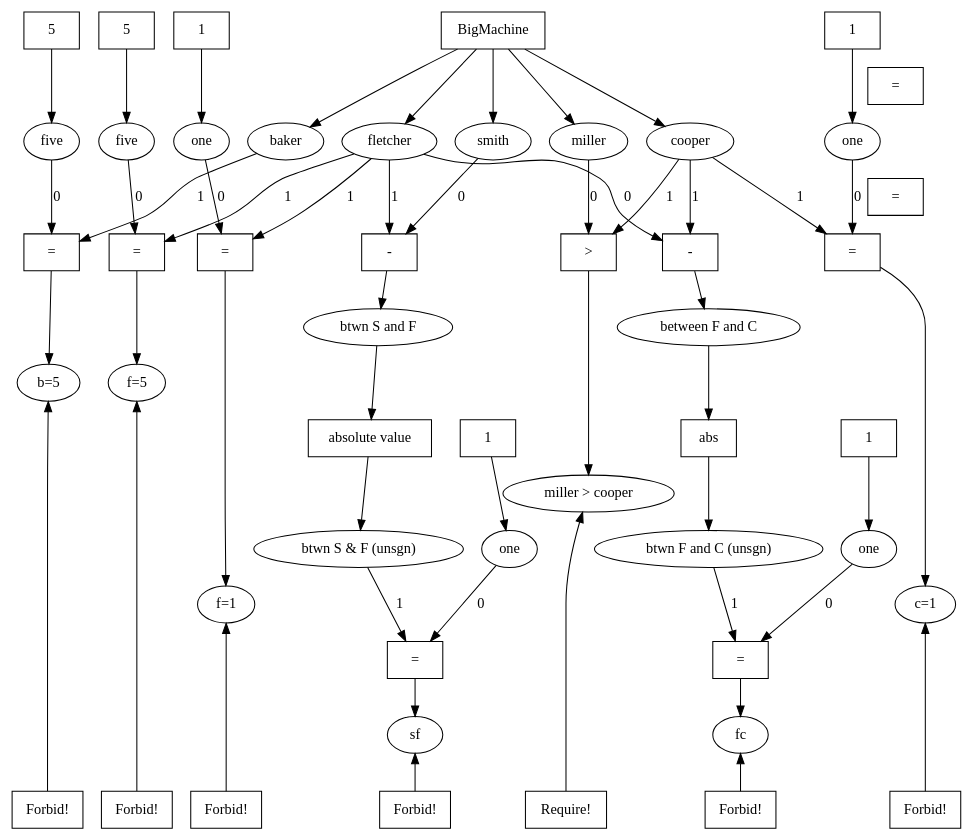
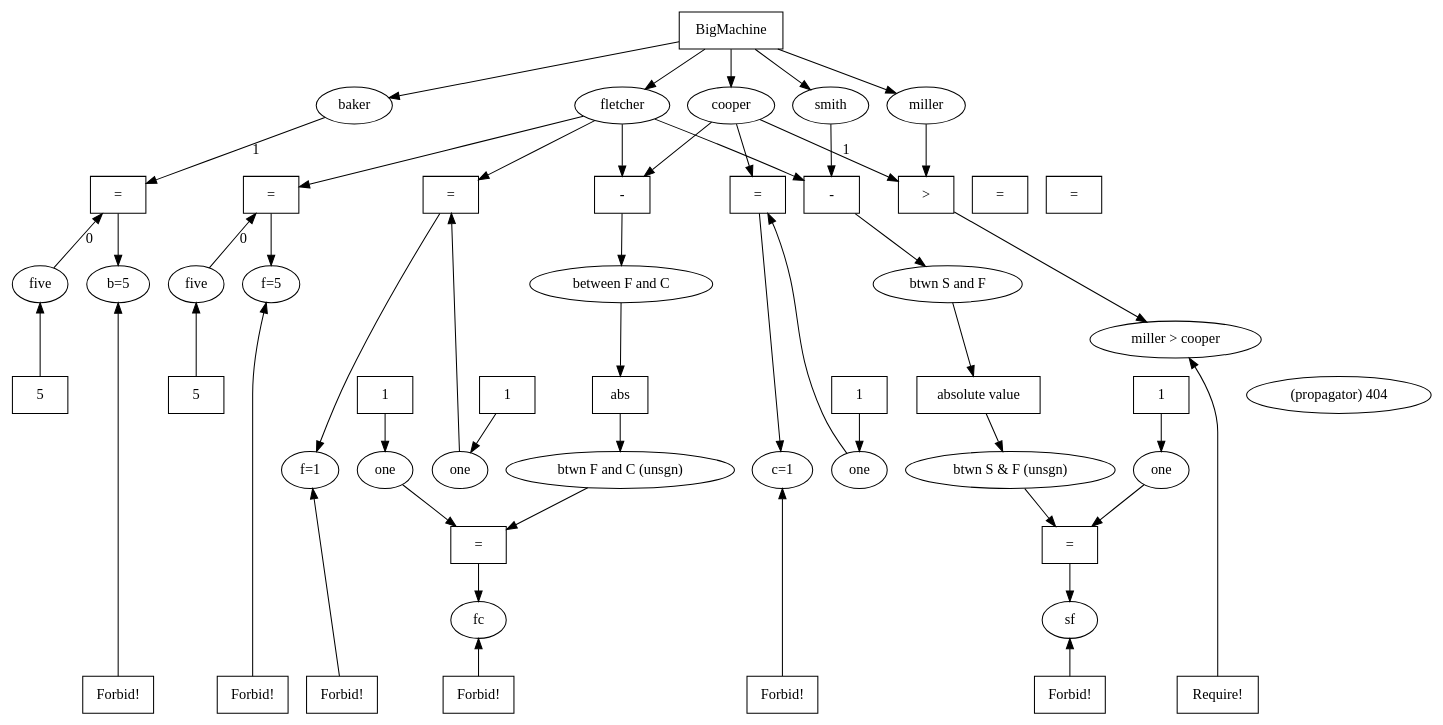
One commit to ProjectMAC/propagators changed the diagram in explorations/graphics/mdonemachine.dot. Above: the diagram before and after it, drawn with Graphviz.

Commit message:
backward link trick and some rank= same to get things to line up right

```diff
--- a/explorations/graphics/mdonemachine.dot
+++ b/explorations/graphics/mdonemachine.dot
@@ -1,113 +1,115 @@
 digraph G {
   ratio=fill;
   "(variable) 11" [label="baker", shape="ellipse", rank="people" ];
   "(propagator) 12" [label="=", shape="box" ];
-   { rank=same; "(variable) 238"; "(variable) 241" }; 
+   { rank=same; "(propagator) 12"; "(propagator) 14"; "(propagator) 18"; "(propagator) 43"; "(propagator) 34"; "(propagator) 37"; "(propagator) 147" };
+   { rank=same; "(variable) 130"; "(variable) 131"; "(variable) 238"; "(variable) 241" }; 
+   { rank=same; "(propagator) 240"; "(propagator) 241"; "(propagator) 401"; "(propagator) 402"; "(propagator) 403"; "(propagator) 404"; };
 
   "(propagator) 240" [label="5", shape="box" ];
-  "(propagator) 240" -> "(variable) 130" [label="" ];
+  "(variable) 130" -> "(propagator) 240" [label="", dir=back, ];
   "(variable) 130" [label="five", shape="ellipse" ];
   "(propagator) 241" [label="5", shape="box" ];
-  "(propagator) 241" -> "(variable) 131" [label="" ];
+  "(variable) 131" -> "(propagator) 241" [label="", dir=back, ];
   "(variable) 131" [label="five", shape="ellipse" ];
 
   "(variable) 130" -> "(propagator) 12" [label=0 ];
   "(variable) 131" -> "(propagator) 14" [label=0 ];
 
   "(propagator) 14" [label="=", shape="box" ];
-  "(variable) 15" -> "(propagator) 14" [label=1 ];
+  "(variable) 15" -> "(propagator) 14" [label="" ];
   "(variable) 15" [label="fletcher", shape="ellipse", rank="people" ];
   "(propagator) 16" [label="-", shape="box" ];
-  "(variable) 15" -> "(propagator) 16" [label=0 ];
-  "(variable) 17" -> "(propagator) 16" [label=1 ];
+  "(variable) 15" -> "(propagator) 16" [label="" ];
+  "(variable) 17" -> "(propagator) 16" [label="" ];
   "(variable) 17" [label="cooper", shape="ellipse", rank="people" ];
   "(propagator) 18" [label=">", shape="box" ];
-  "(variable) 19" -> "(propagator) 18" [label=0 ];
+  "(variable) 19" -> "(propagator) 18" [label="" ];
   "(variable) 19" [label="miller", shape="ellipse", rank="people" ];
   "(variable) 21" [label="smith", shape="ellipse", rank="people" ];
    { rank=same; "(variable) 11"; "(variable) 15"; "(variable) 17"; "(variable) 19"; "(variable) 21" }; 
   "(propagator) 22" [label="-", shape="box" ];
-  "(variable) 21" -> "(propagator) 22" [label=0 ];
-  "(variable) 15" -> "(propagator) 22" [label=1 ];
+  "(variable) 21" -> "(propagator) 22" [label="" ];
+  "(variable) 15" -> "(propagator) 22" [label="" ];
   "(propagator) 22" -> "(variable) 23" [label="" ];
   "(variable) 23" [label="btwn S and F", shape="ellipse" ];
   "(propagator) 24" [label="absolute value", shape="box" ];
   "(variable) 23" -> "(propagator) 24" [label="" ];
   "(propagator) 24" -> "(variable) 25" [label="" ];
   "(variable) 25" [label="btwn S & F (unsgn)", shape="ellipse" ];
   "(propagator) 26" [label="=", shape="box" ];
-  "(variable) 207" -> "(propagator) 26" [label=0 ];
-   { rank=same; "(variable) 35"; "(variable) 38" }; 
+  "(variable) 207" -> "(propagator) 26" [label="" ];
+   { rank=same; "(variable) 209"; "(variable) 210"; "(variable) 35"; "(variable) 38" }; 
 
   "(propagator) 400" [label="1", shape="box" ];
   "(propagator) 400" -> "(variable) 207" [label="" ];
   "(variable) 207" [label="one", shape="ellipse" ];
   "(propagator) 401" [label="1", shape="box" ];
   "(propagator) 401" -> "(variable) 208" [label="" ];
   "(variable) 208" [label="one", shape="ellipse" ];
   "(propagator) 402" [label="1", shape="box" ];
   "(propagator) 402" -> "(variable) 209" [label="" ];
   "(variable) 209" [label="one", shape="ellipse" ];
   "(propagator) 403" [label="1", shape="box" ];
   "(propagator) 403" -> "(variable) 210" [label="" ];
   "(variable) 210" [label="one", shape="ellipse" ];
 
   "(propagator) 28" [label="=", shape="box" ];
-  "(variable) 208" -> "(propagator) 28" [label=0 ];
-  "(variable) 29" -> "(propagator) 28" [label=1 ];
+  "(variable) 208" -> "(propagator) 28" [label="" ];
+  "(variable) 29" -> "(propagator) 28" [label="" ];
   "(variable) 29" [label="btwn F and C (unsgn)", shape="ellipse" ];
   "(propagator) 30" [label="abs", shape="box" ];
   "(variable) 31" -> "(propagator) 30" [label="" ];
   "(variable) 31" [label="between F and C", shape="ellipse" ];
   "(propagator) 30" -> "(variable) 29" [label="" ];
   "(propagator) 28" -> "(variable) 32" [label="" ];
   "(variable) 32" [label="fc", shape="ellipse" ];
    { rank=max; "(propagator) 33"; "(propagator) 36"; "(propagator) 39"; "(propagator) 42"; "(propagator) 146"; "(propagator) 239"; "(propagator) 242" };
   "(propagator) 33" [label="Forbid!", shape="box", rank="forbid" ];
   "(propagator) 33" -> "(variable) 32" [label="" ];
   "(propagator) 34" [label="=", shape="box" ];
-  "(variable) 209" -> "(propagator) 34" [label=0 ];
-  "(variable) 15" -> "(propagator) 34" [label=1 ];
+  "(variable) 209" -> "(propagator) 34" [label="" ];
+  "(variable) 15" -> "(propagator) 34" [label="" ];
   "(propagator) 34" -> "(variable) 35" [label="" ];
   "(variable) 35" [label="f=1", shape="ellipse" ];
   "(propagator) 36" [label="Forbid!", shape="box", rank="forbid" ];
   "(propagator) 36" -> "(variable) 35" [label="" ];
   "(propagator) 37" [label="=", shape="box" ];
-  "(variable) 210" -> "(propagator) 37" [label=0 ];
-  "(variable) 17" -> "(propagator) 37" [label=1 ];
+  "(variable) 210" -> "(propagator) 37" [label="" ];
+  "(variable) 17" -> "(propagator) 37" [label="" ];
   "(propagator) 37" -> "(variable) 38" [label="" ];
   "(variable) 38" [label="c=1", shape="ellipse" ];
   "(propagator) 39" [label="Forbid!", shape="box", rank="forbid" ];
   "(propagator) 39" -> "(variable) 38" [label="" ];
-  "(variable) 25" -> "(propagator) 26" [label=1 ];
+  "(variable) 25" -> "(propagator) 26" [label="" ];
   "(propagator) 26" -> "(variable) 41" [label="" ];
   "(variable) 41" [label="sf", shape="ellipse" ];
   "(propagator) 42" [label="Forbid!", shape="box", rank="forbid" ];
   "(propagator) 42" -> "(variable) 41" [label="" ];
   "(propagator) 43" [label="=", shape="box" ];
 
   "(propagator) 57" [label="BigMachine", shape="box" ];
   "(propagator) 57" -> "(variable) 21" [label="" ];
   "(propagator) 57" -> "(variable) 19" [label="" ];
   "(propagator) 57" -> "(variable) 17" [label="" ];
   "(propagator) 57" -> "(variable) 15" [label="" ];
   "(propagator) 57" -> "(variable) 11" [label="" ];
 
 
   "(variable) 17" -> "(propagator) 18" [label=1 ];
   "(propagator) 18" -> "(variable) 145" [label="" ];
   "(variable) 145" [label="miller > cooper", shape="ellipse" ];
   "(propagator) 146" [label="Require!", shape="box" ];
   "(propagator) 146" -> "(variable) 145" [label="" ];
   "(propagator) 147" [label="=", shape="box" ];
   "(propagator) 16" -> "(variable) 31" [label="" ];
   "(propagator) 14" -> "(variable) 238" [label="" ];
   "(variable) 238" [label="f=5", shape="ellipse" ];
   "(propagator) 239" [label="Forbid!", shape="box", rank="forbid" ];
   "(propagator) 239" -> "(variable) 238" [label="" ];
   "(variable) 11" -> "(propagator) 12" [label=1 ];
   "(propagator) 12" -> "(variable) 241" [label="" ];
   "(variable) 241" [label="b=5", shape="ellipse" ];
   "(propagator) 242" [label="Forbid!", shape="box", rank="forbid" ];
   "(propagator) 242" -> "(variable) 241" [label="" ];
 }
```
